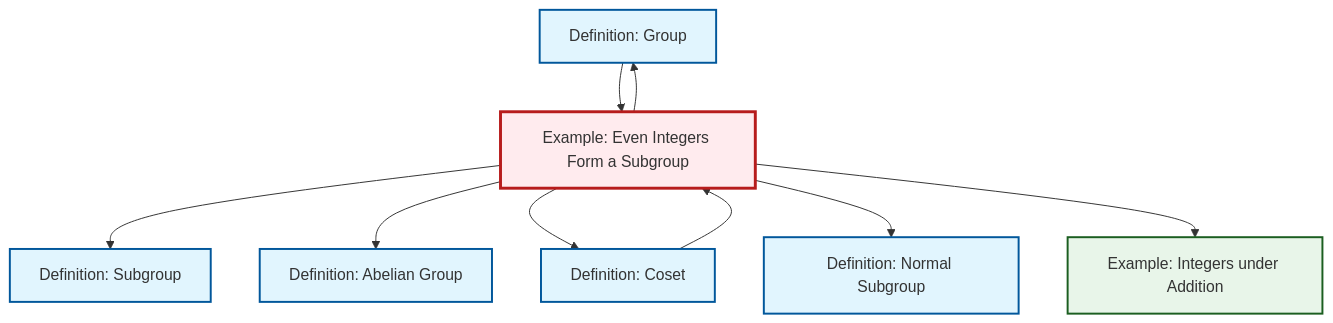
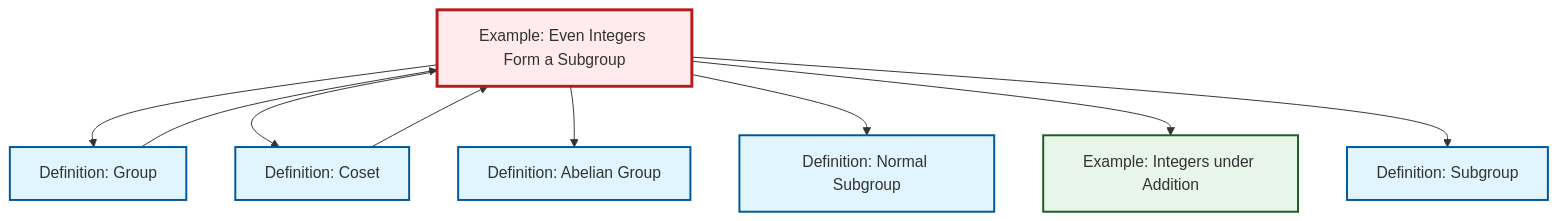
The diagram in content/ja/algebra/ex-even-integers-subgroup.qmd (RK0429/ModernMath), drawn with Mermaid before and after one commit. The commit also changed other lines of this file and 491 other files, not shown here.

````diff
--- a/content/ja/algebra/ex-even-integers-subgroup.qmd
+++ b/content/ja/algebra/ex-even-integers-subgroup.qmd
@@ -52,31 +52,31 @@
 ```{mermaid}
 %%| fig-cap: "Local dependency graph"
 graph TD
     classDef definition fill:#e1f5fe,stroke:#01579b,stroke-width:2px
     classDef theorem fill:#f3e5f5,stroke:#4a148c,stroke-width:2px
     classDef axiom fill:#fff3e0,stroke:#e65100,stroke-width:2px
     classDef example fill:#e8f5e9,stroke:#1b5e20,stroke-width:2px
     classDef current fill:#ffebee,stroke:#b71c1c,stroke-width:3px
+    ex-even-integers-subgroup["Example: Even Integers Form a Subgroup"]:::example
+    def-normal-subgroup["Definition: Normal Subgroup"]:::definition
+    def-abelian-group["Definition: Abelian Group"]:::definition
+    def-subgroup["Definition: Subgroup"]:::definition
+    def-coset["Definition: Coset"]:::definition
+    def-group["Definition: Group"]:::definition
     ex-integers-addition["Example: Integers under Addition"]:::example
-    def-group["Definition: Group"]:::definition
-    def-subgroup["Definition: Subgroup"]:::definition
-    def-abelian-group["Definition: Abelian Group"]:::definition
-    ex-even-integers-subgroup["Example: Even Integers Form a Subgroup"]:::example
-    def-coset["Definition: Coset"]:::definition
-    def-normal-subgroup["Definition: Normal Subgroup"]:::definition
-    ex-even-integers-subgroup --> def-subgroup
     ex-even-integers-subgroup --> def-group
+    ex-even-integers-subgroup --> def-coset
     def-coset --> ex-even-integers-subgroup
     ex-even-integers-subgroup --> def-abelian-group
-    ex-even-integers-subgroup --> def-coset
     def-group --> ex-even-integers-subgroup
     ex-even-integers-subgroup --> def-normal-subgroup
     ex-even-integers-subgroup --> ex-integers-addition
+    ex-even-integers-subgroup --> def-subgroup
     class ex-even-integers-subgroup current
+    click def-normal-subgroup "def-normal-subgroup.html" "Definition: Normal Subgroupへ"
+    click def-abelian-group "def-abelian-group.html" "Definition: Abelian Groupへ"
+    click def-subgroup "def-subgroup.html" "Definition: Subgroupへ"
+    click def-coset "def-coset.html" "Definition: Cosetへ"
+    click def-group "def-group.html" "Definition: Groupへ"
     click ex-integers-addition "ex-integers-addition.html" "Example: Integers under Additionへ"
-    click def-group "def-group.html" "Definition: Groupへ"
-    click def-subgroup "def-subgroup.html" "Definition: Subgroupへ"
-    click def-abelian-group "def-abelian-group.html" "Definition: Abelian Groupへ"
-    click def-coset "def-coset.html" "Definition: Cosetへ"
-    click def-normal-subgroup "def-normal-subgroup.html" "Definition: Normal Subgroupへ"
 ```
````
